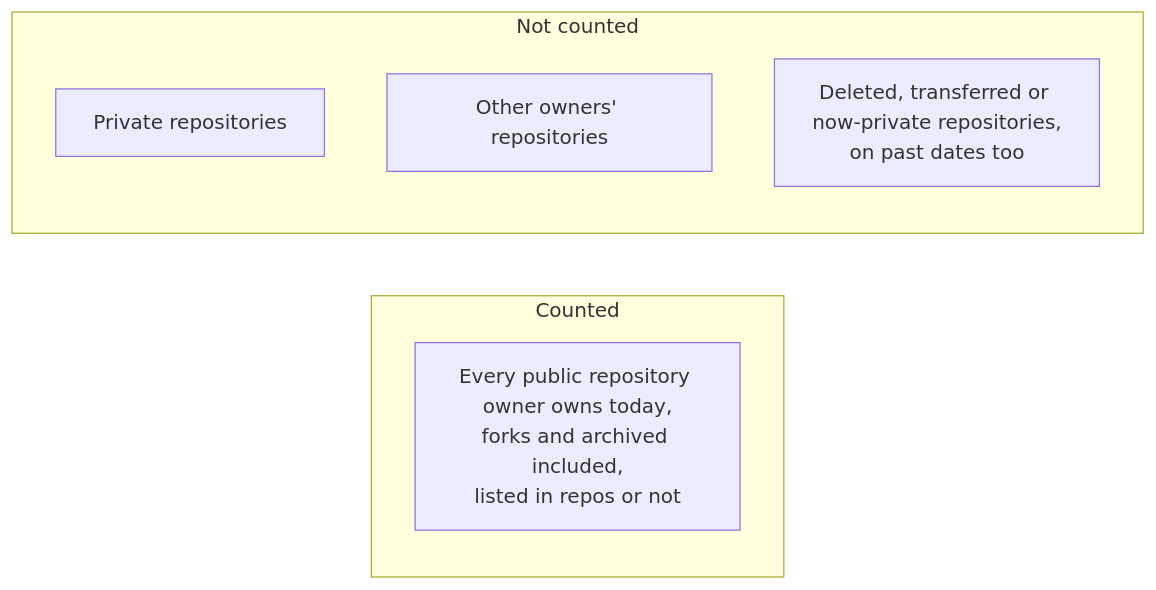
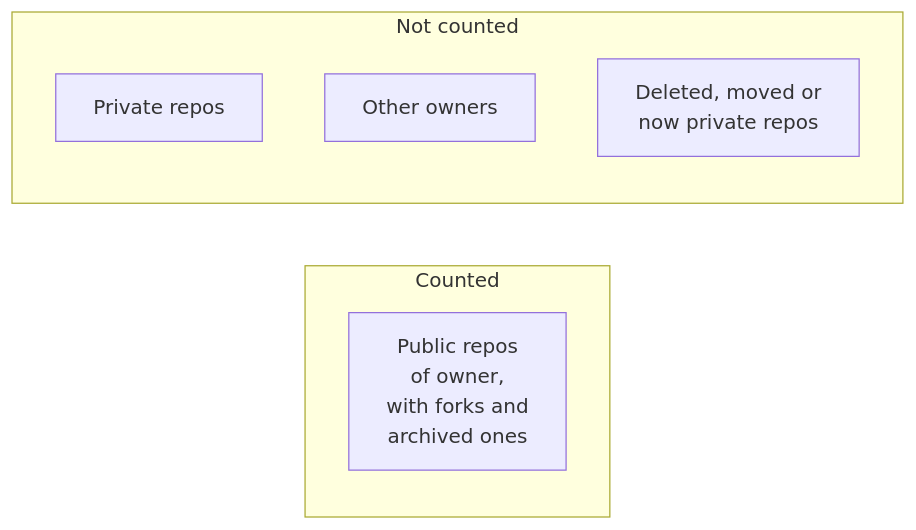
One commit to nao1215/action-readme-showcase changed the third of 5 diagrams in README.md. Above: the diagram before and after it, drawn with Mermaid. The commit also changed other lines of this file, not shown here.

First line of the commit message:
docs: shorten mermaid labels so GitHub does not clip them

````diff
--- a/README.md
+++ b/README.md
@@ -193,11 +193,11 @@
 ```mermaid
 flowchart LR
   subgraph counted["Counted"]
-    pub["Every public repository owner owns today,<br>forks and archived included,<br>listed in repos or not"]
+    pub["Public repos<br>of owner,<br>with forks and<br>archived ones"]
   end
   subgraph skipped["Not counted"]
-    priv["Private repositories"]
-    other["Other owners' repositories"]
-    gone["Deleted, transferred or now-private repositories,<br>on past dates too"]
+    priv["Private repos"]
+    other["Other owners"]
+    gone["Deleted, moved or<br>now private repos"]
   end
 ```
````
